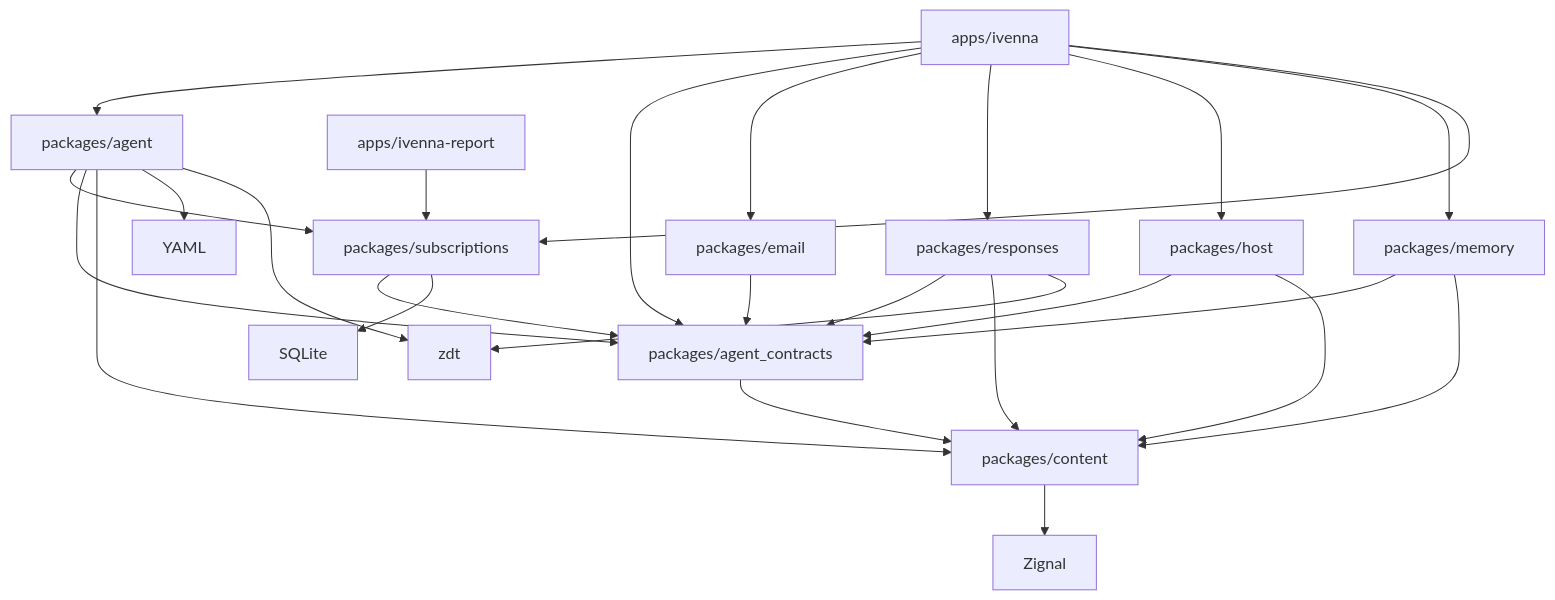
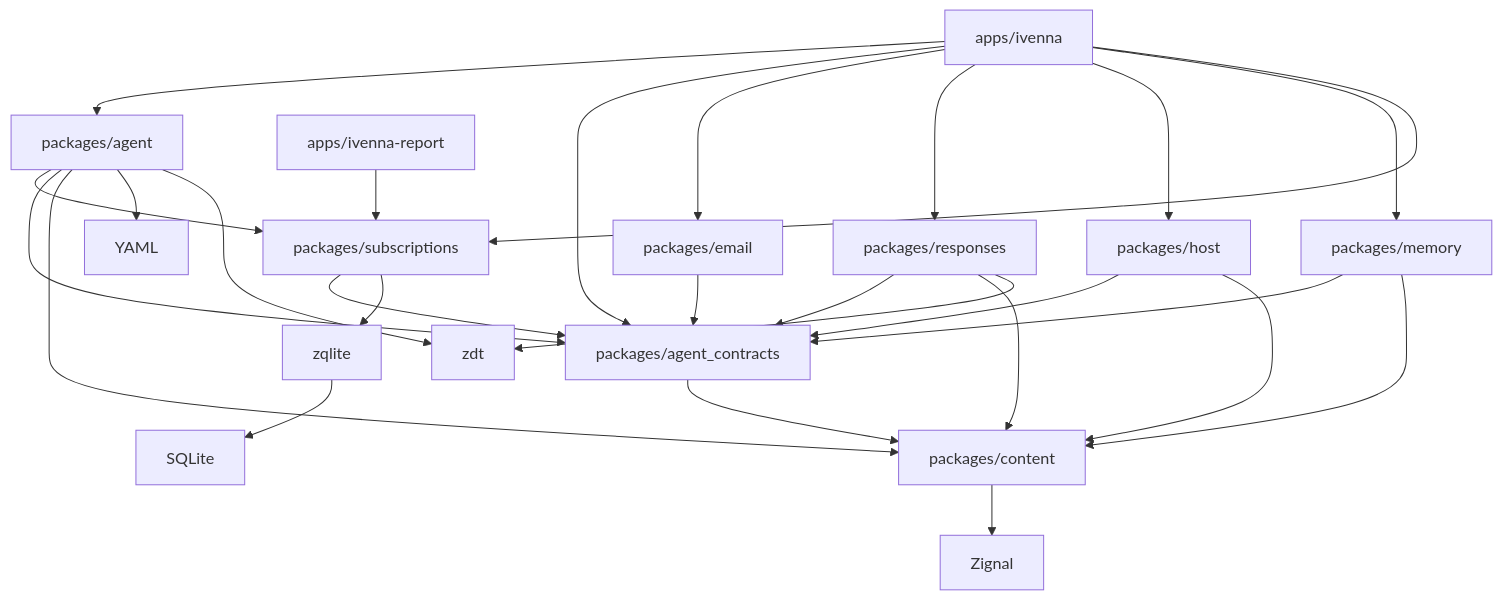
One commit to Ivenna/Ivenna changed the diagram in docs/architecture.md. Above: the diagram before and after it, drawn with Mermaid. The commit also changed other lines of this file and 23 other files, not shown here.

````diff
--- a/docs/architecture.md
+++ b/docs/architecture.md
@@ -27,28 +27,29 @@
 ```mermaid
 flowchart TD
     App[apps/ivenna] --> Agent[packages/agent]
     App --> Contracts[packages/agent_contracts]
     App --> Email[packages/email]
     App --> Responses[packages/responses]
     App --> Host[packages/host]
     App --> Memory[packages/memory]
     App --> Subscriptions[packages/subscriptions]
     Report[apps/ivenna-report] --> Subscriptions
     Agent --> Subscriptions
     Subscriptions --> Contracts
-    Subscriptions --> SQLite[SQLite]
+    Subscriptions --> Zqlite[zqlite]
+    Zqlite --> SQLite[SQLite]
     Agent --> Contracts
     Email --> Contracts
     Responses --> Contracts
     Host --> Contracts
     Memory --> Contracts
     Host --> Content[packages/content]
     Memory --> Content
     Responses --> Content
     Agent --> Content
     Contracts --> Content
     Content --> Zignal[Zignal]
     Agent --> YAML[YAML]
     Agent --> Zdt[zdt]
     Responses --> Zdt
 ```
````
